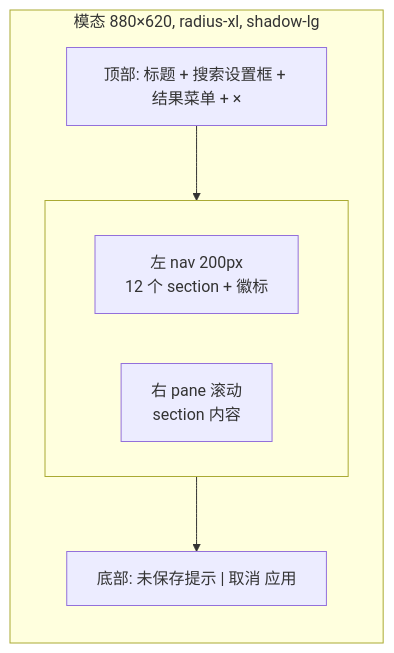
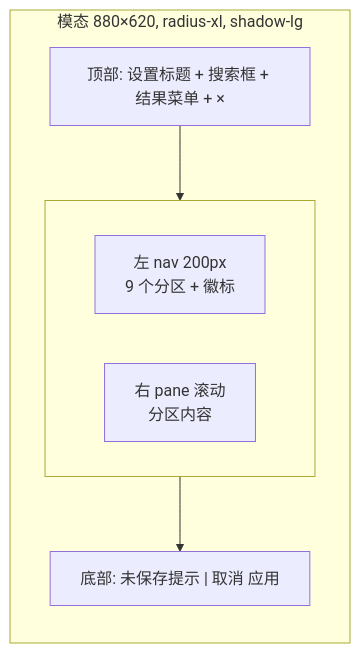
One commit to jinhuang712/open-novel changed the diagram in design/04-settings.md. Above: the diagram before and after it, drawn with Mermaid. The commit also changed other lines of this file and 79 other files, not shown here.

````diff
--- a/design/04-settings.md
+++ b/design/04-settings.md
@@ -7,14 +11,14 @@
 ```mermaid
 flowchart LR
   subgraph DLG["模态 880×620, radius-xl, shadow-lg"]
     direction TB
-    TOP["顶部: 标题 + 搜索设置框 + 结果菜单 + ×"]
+    TOP["顶部: 设置标题 + 搜索框 + 结果菜单 + ×"]
     subgraph BODY[" "]
       direction LR
-      NAV["左 nav 200px<br/>12 个 section + 徽标"]
-      PANE["右 pane 滚动<br/>section 内容"]
+      NAV["左 nav 200px<br/>9 个分区 + 徽标"]
+      PANE["右 pane 滚动<br/>分区内容"]
     end
     FOOT["底部: 未保存提示 | 取消 应用"]
     TOP --> BODY --> FOOT
   end
 ```
````
